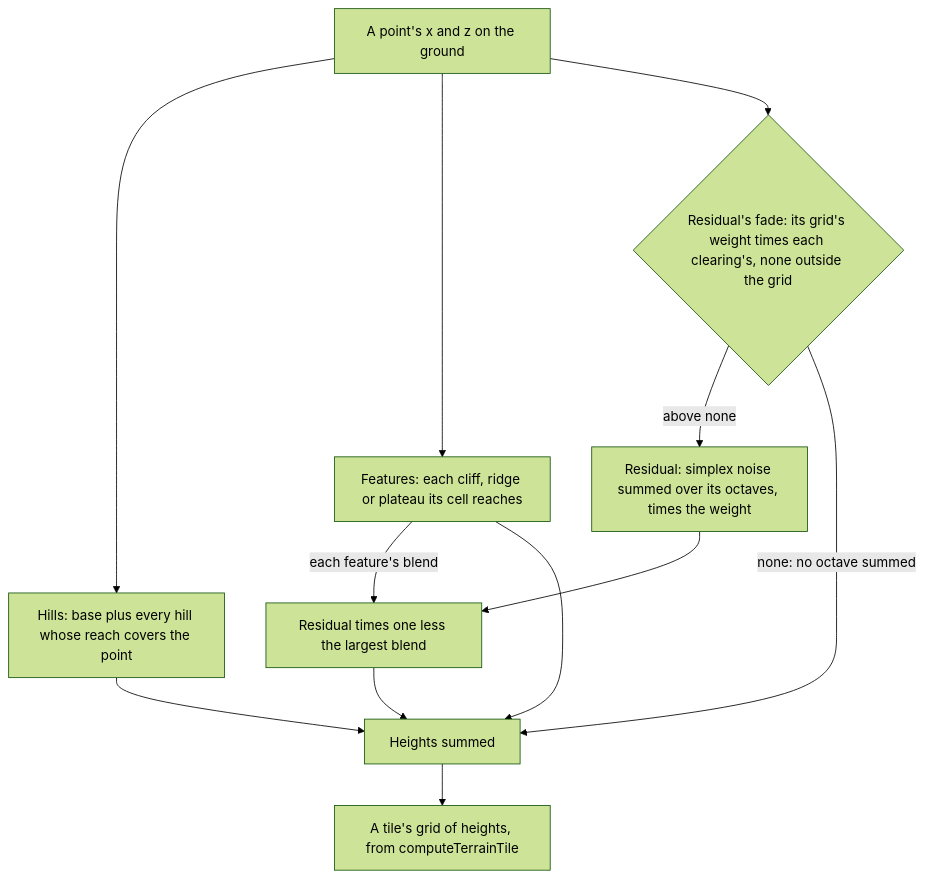
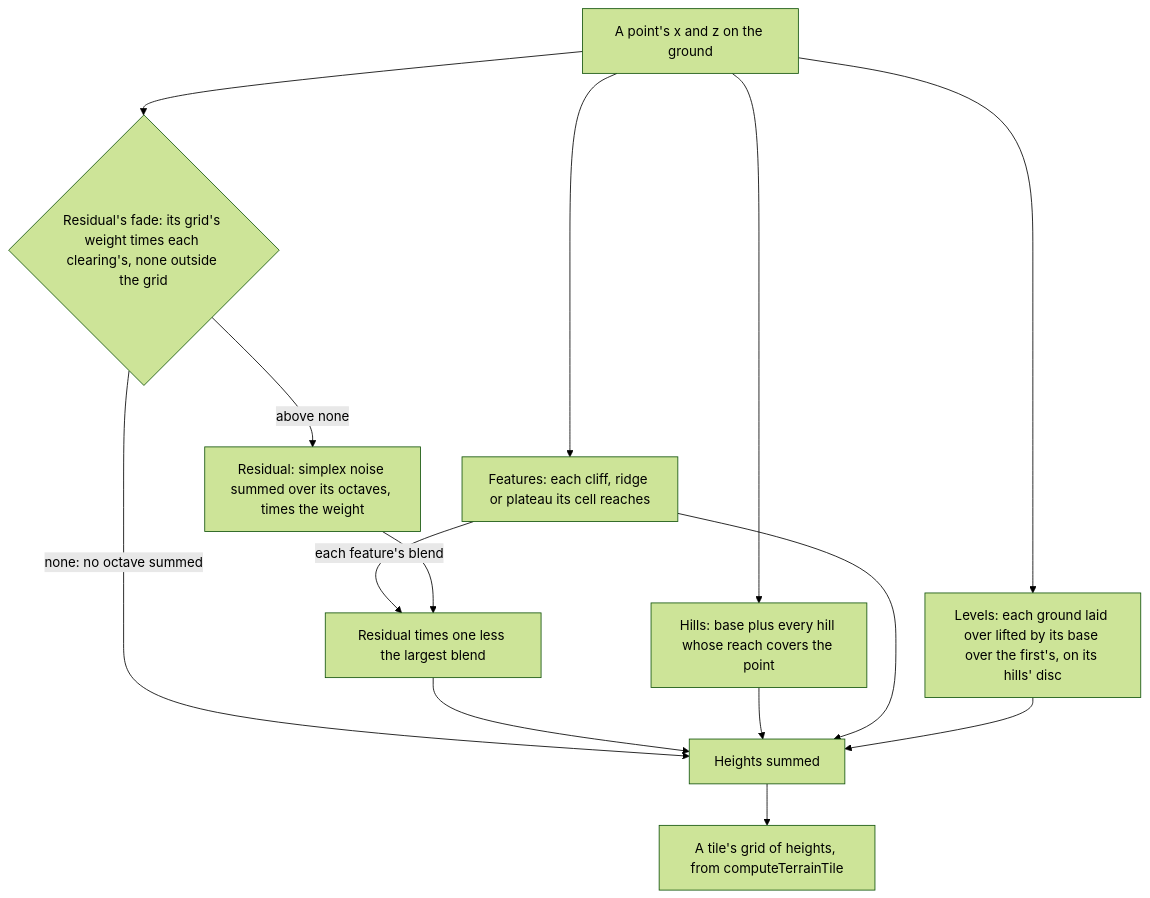
One commit to Esposter/Esposter changed the diagram in apps/web/content/docs/genshin/terrain-shape-height.md. Above: the diagram before and after it, drawn with Mermaid (forest theme). The commit also changed other lines of this file and 3 other files, not shown here.

First line of the commit message:
feat(genshin-engine): a terrain shape composes the grounds laid over it, each lifted onto its own base

````diff
--- a/apps/web/content/docs/genshin/terrain-shape-height.md
+++ b/apps/web/content/docs/genshin/terrain-shape-height.md
@@ -12,14 +12,16 @@
 ```mermaid
 flowchart TD
   PT["A point's x and z on the ground"] --> HL["Hills: base plus every hill whose reach covers the point"]
   PT --> FT["Features: each cliff, ridge or plateau its cell reaches"]
+  PT --> LV["Levels: each ground laid over lifted by its base over the first's, on its hills' disc"]
   PT --> FD{"Residual's fade: its grid's weight times each clearing's, none outside the grid"}
   FD -->|"above none"| RS["Residual: simplex noise summed over its octaves, times the weight"]
   FD -->|"none: no octave summed"| SUM["Heights summed"]
   FT -->|"each feature's blend"| CL["Residual times one less the largest blend"]
   RS --> CL
   CL --> SUM
   HL --> SUM
   FT --> SUM
+  LV --> SUM
   SUM --> TILE["A tile's grid of heights, from computeTerrainTile"]
 ```
````
